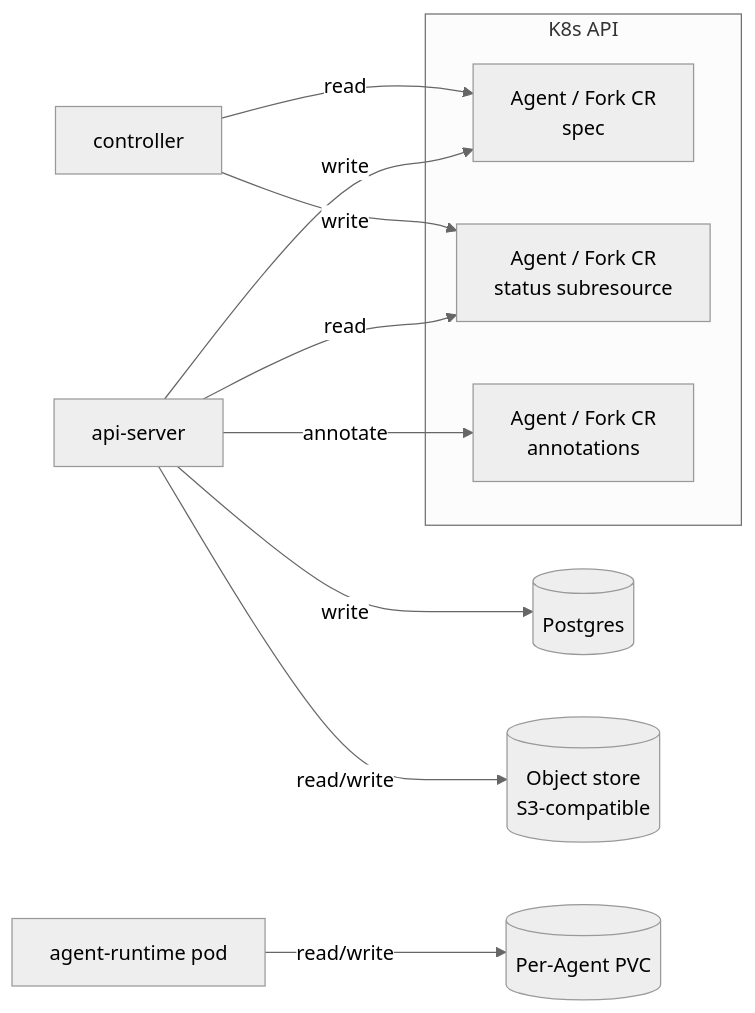
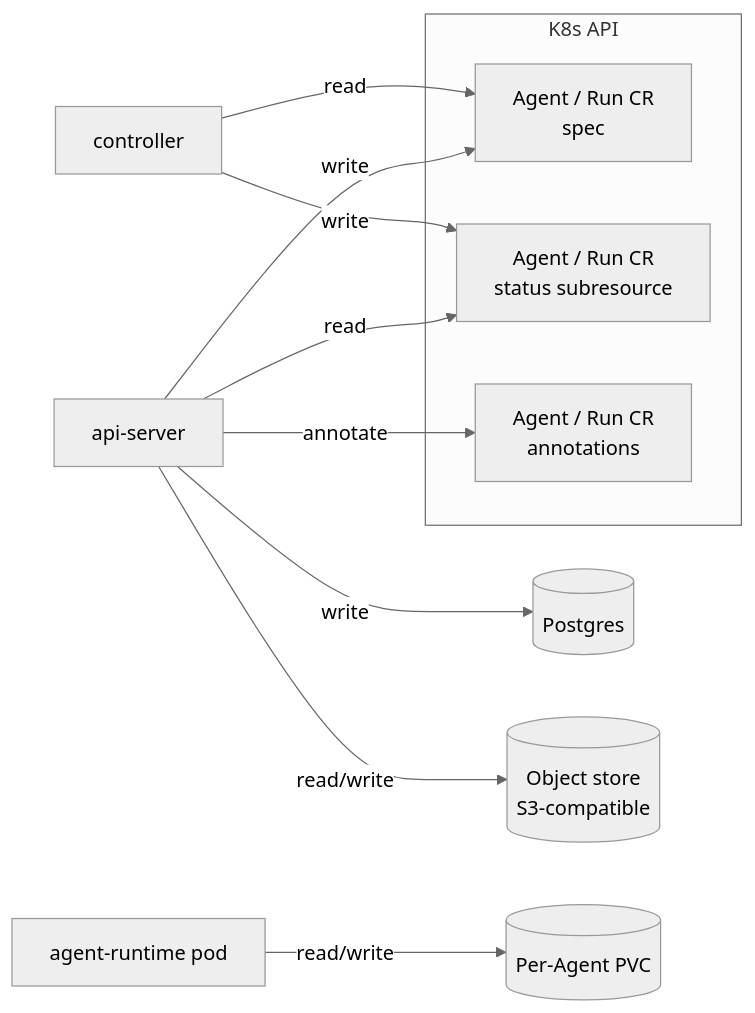
The diagram in docs/architecture/persistence.md (dam-agents/dam), drawn with Mermaid (neutral theme) before and after one commit. The commit also changed other lines of this file and 181 other files, not shown here.

````diff
--- a/docs/architecture/persistence.md
+++ b/docs/architecture/persistence.md
@@ -27,28 +27,28 @@
 ```mermaid
 flowchart LR
   api-server[api-server]
   controller[controller]
   agent-runtime[agent-runtime pod]
 
   postgres[(Postgres)]
   objectstore[(Object store<br/>S3-compatible)]
 
   subgraph k8s[K8s API]
-    cr-spec[Agent / Fork CR<br/>spec]
-    cr-status[Agent / Fork CR<br/>status subresource]
-    cr-anno[Agent / Fork CR<br/>annotations]
+    cr-spec[Agent / Run CR<br/>spec]
+    cr-status[Agent / Run CR<br/>status subresource]
+    cr-anno[Agent / Run CR<br/>annotations]
   end
 
   pvc[(Per-Agent PVC)]
 
   api-server -->|write| postgres
   api-server -->|read/write| objectstore
   api-server -->|write| cr-spec
   api-server -->|read| cr-status
   api-server -->|annotate| cr-anno
 
   controller -->|write| cr-status
   controller -->|read| cr-spec
 
   agent-runtime -->|read/write| pvc
 ```
````
